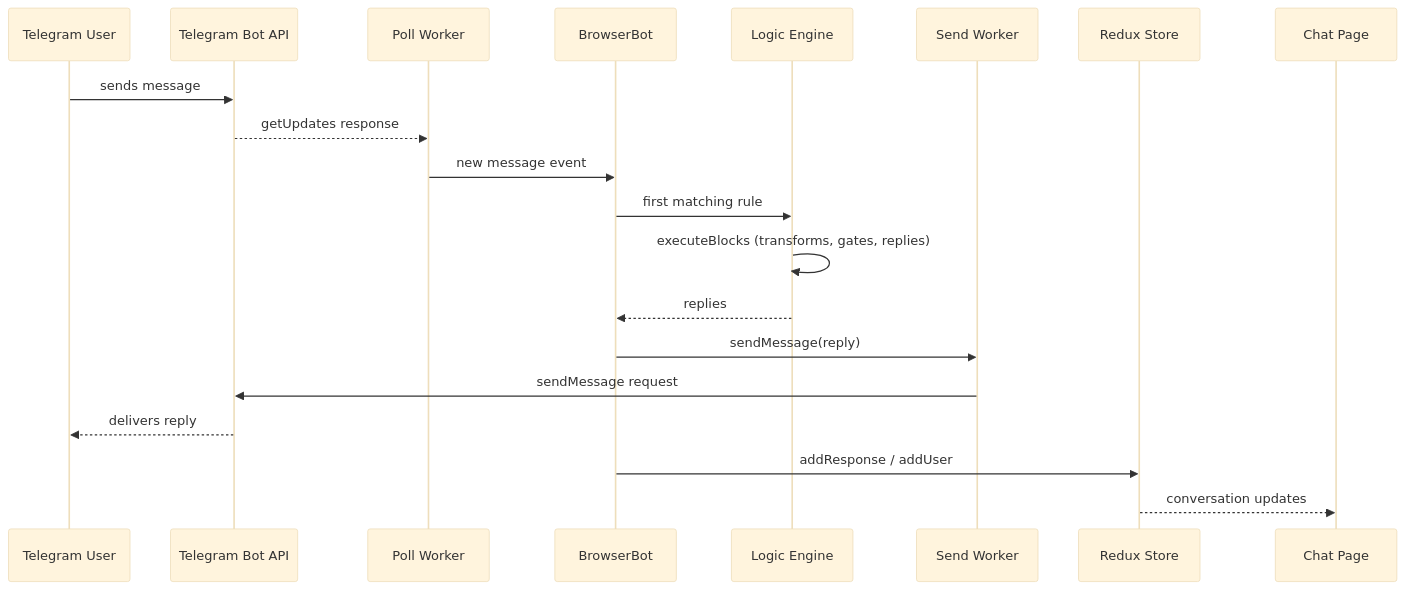
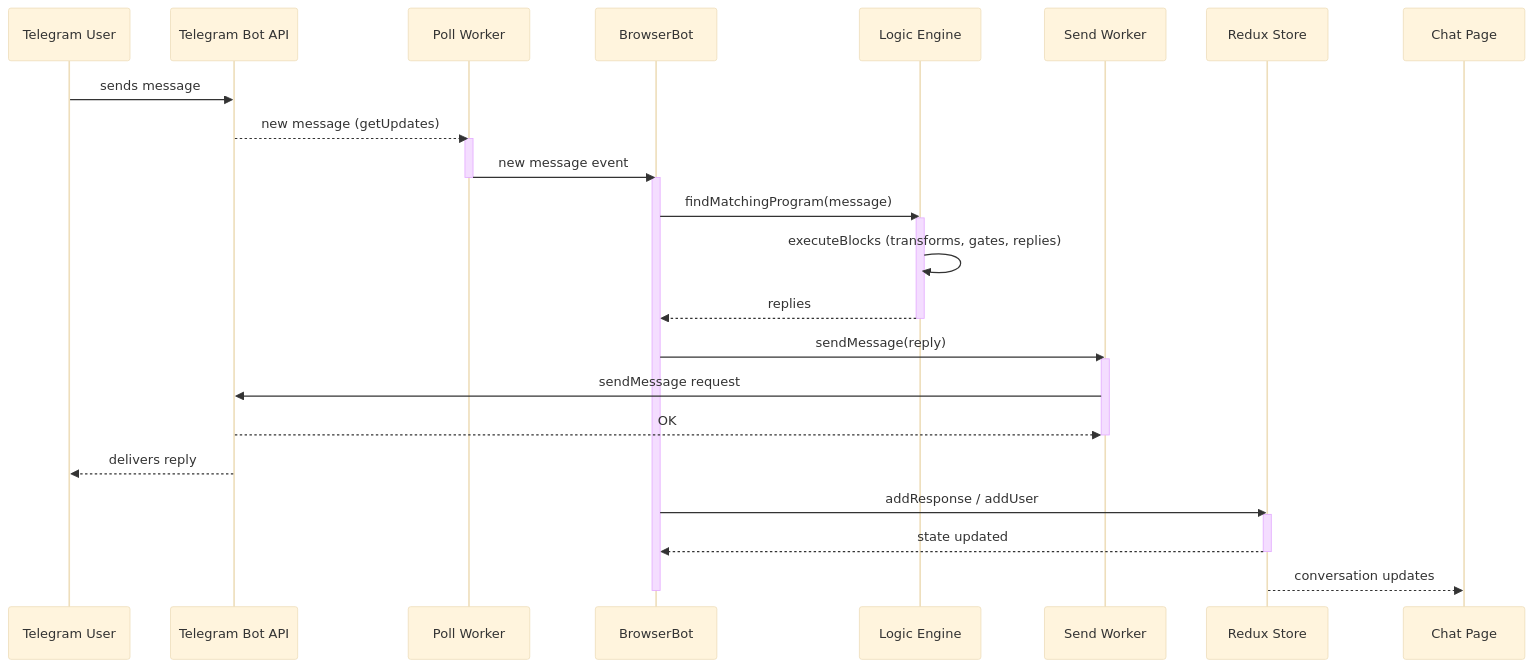
Before and after one commit to Jh123x/telegram-bot-on-browser: the third of 5 diagrams in docs/ARCHITECTURE.md, drawn with Mermaid (base theme). The commit also changed other lines of this file, not shown here.

Commit message:
docs: use solid call arrows, activation blocks, and dotted returns in sequence diagrams

````diff
--- a/docs/ARCHITECTURE.md
+++ b/docs/ARCHITECTURE.md
@@ -109,23 +109,35 @@
 ```mermaid
 sequenceDiagram
   participant U as Telegram User
   participant API as Telegram Bot API
   participant PW as Poll Worker
   participant B as BrowserBot
   participant L as Logic Engine
   participant SW as Send Worker
   participant S as Redux Store
   participant C as Chat Page
 
   U->>API: sends message
-  API-->>PW: getUpdates response
+  API-->>PW: new message (getUpdates)
+  activate PW
   PW->>B: new message event
-  B->>L: first matching rule
+  deactivate PW
+  activate B
+  B->>L: findMatchingProgram(message)
+  activate L
   L->>L: executeBlocks (transforms, gates, replies)
   L-->>B: replies
+  deactivate L
   B->>SW: sendMessage(reply)
+  activate SW
   SW->>API: sendMessage request
+  API-->>SW: OK
+  deactivate SW
   API-->>U: delivers reply
   B->>S: addResponse / addUser
+  activate S
+  S-->>B: state updated
+  deactivate S
   S-->>C: conversation updates
+  deactivate B
 ```
````
